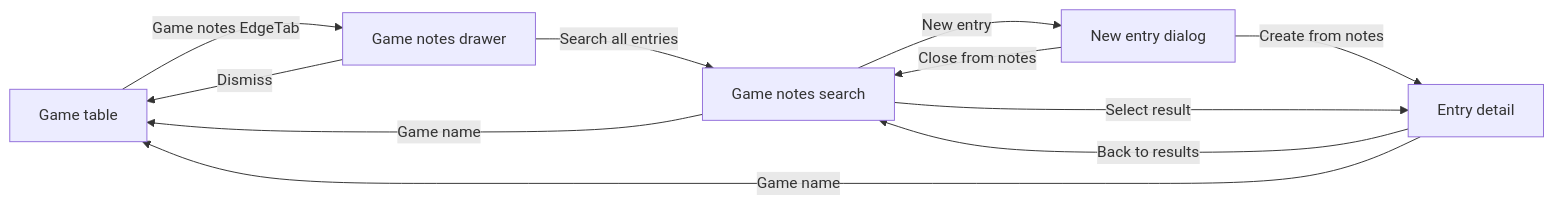
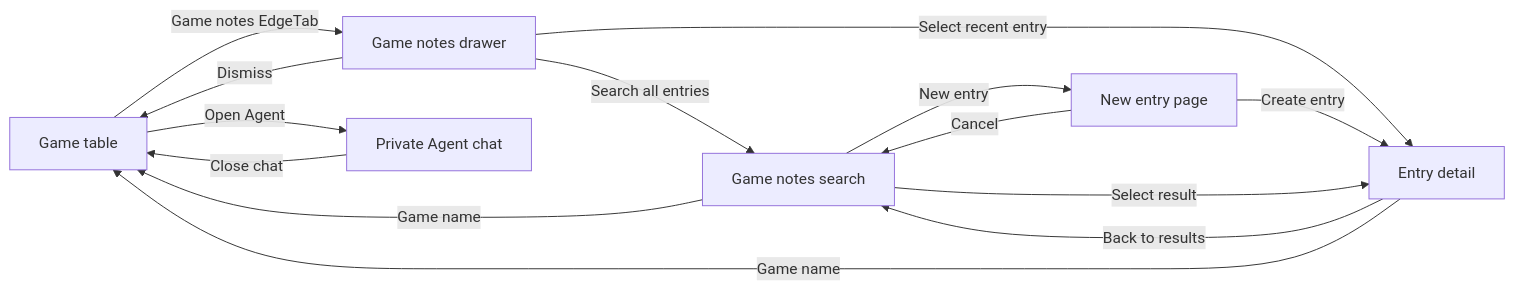
One commit to Mighty683/rpg-engine changed the first of 4 diagrams in docs/tasks/game-notes/ux.md. Above: the diagram before and after it, drawn with Mermaid. The commit also changed other lines of this file and 12 other files, not shown here.

Commit message:
Bring Quill rich text and Agent retrieval to the game notes prototype

````diff
--- a/docs/tasks/game-notes/ux.md
+++ b/docs/tasks/game-notes/ux.md
@@ -25,13 +28,16 @@
 ```mermaid
 flowchart LR
   Table[Game table] -->|Game notes EdgeTab| Drawer[Game notes drawer]
   Drawer -->|Dismiss| Table
   Drawer -->|Search all entries| Notes[Game notes search]
-  Notes -->|New entry| New[New entry dialog]
-  New -->|Create from notes| Editor[Entry detail]
-  New -->|Close from notes| Notes
+  Drawer -->|Select recent entry| Editor[Entry detail]
+  Notes -->|New entry| New[New entry page]
+  New -->|Create entry| Editor
+  New -->|Cancel| Notes
   Notes -->|Select result| Editor
   Editor -->|Back to results| Notes
   Notes -->|Game name| Table
   Editor -->|Game name| Table
+  Table -->|Open Agent| Agent[Private Agent chat]
+  Agent -->|Close chat| Table
 ```
````
